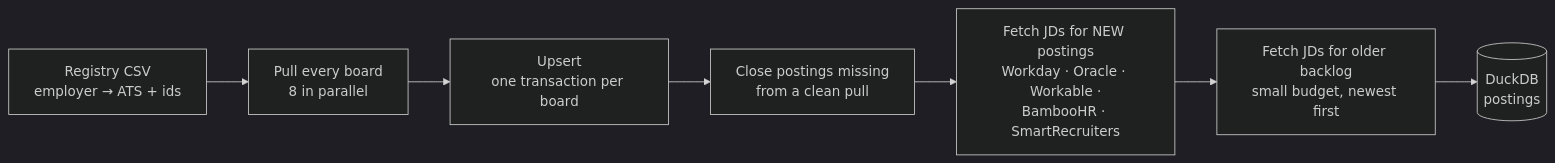
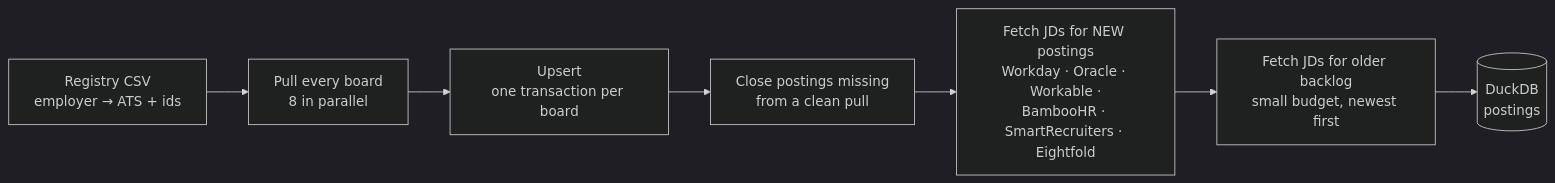
The diagram in README.md (BensonJT/requirements-fit-analyzer), drawn with Mermaid (dark theme) before and after one commit. The commit also changed other lines of this file and 4 other files, not shown here.

````diff
--- a/README.md
+++ b/README.md
@@ -20,9 +20,9 @@
 ```mermaid
 flowchart LR
     R[Registry CSV<br/>employer → ATS + ids] --> P[Pull every board<br/>8 in parallel]
     P --> U[Upsert<br/>one transaction per board]
     U --> C[Close postings missing<br/>from a clean pull]
-    C --> N[Fetch JDs for NEW postings<br/>Workday · Oracle · Workable ·<br/>BambooHR · SmartRecruiters]
+    C --> N[Fetch JDs for NEW postings<br/>Workday · Oracle · Workable ·<br/>BambooHR · SmartRecruiters · Eightfold]
     N --> B[Fetch JDs for older backlog<br/>small budget, newest first]
     B --> D[(DuckDB<br/>postings)]
 ```
````
